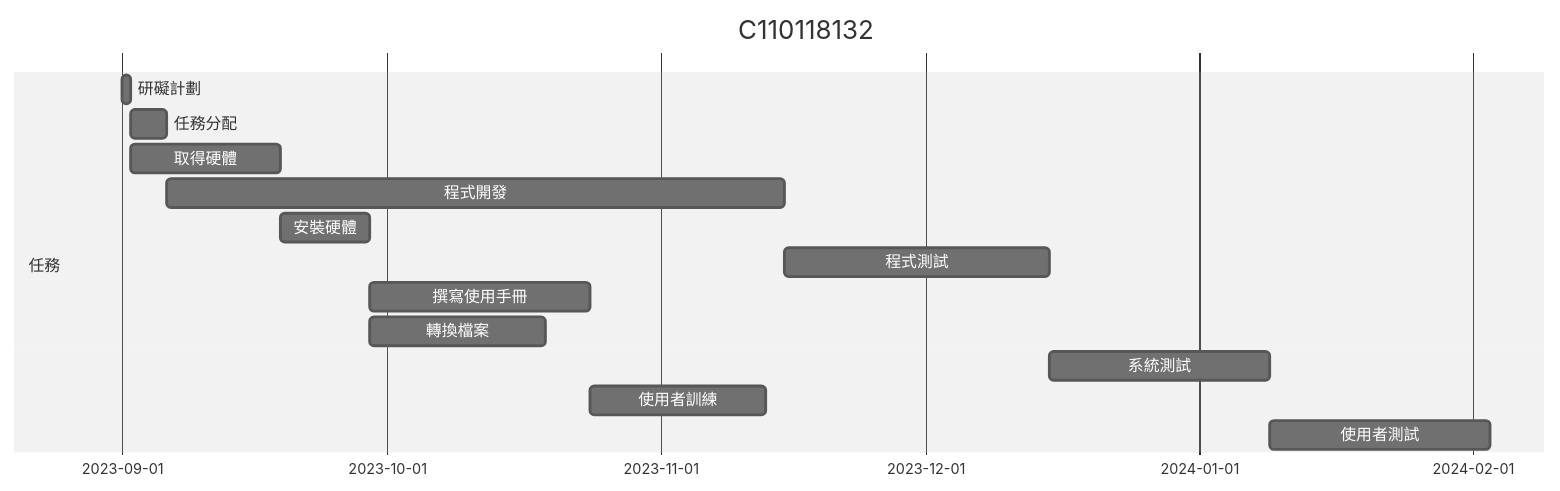
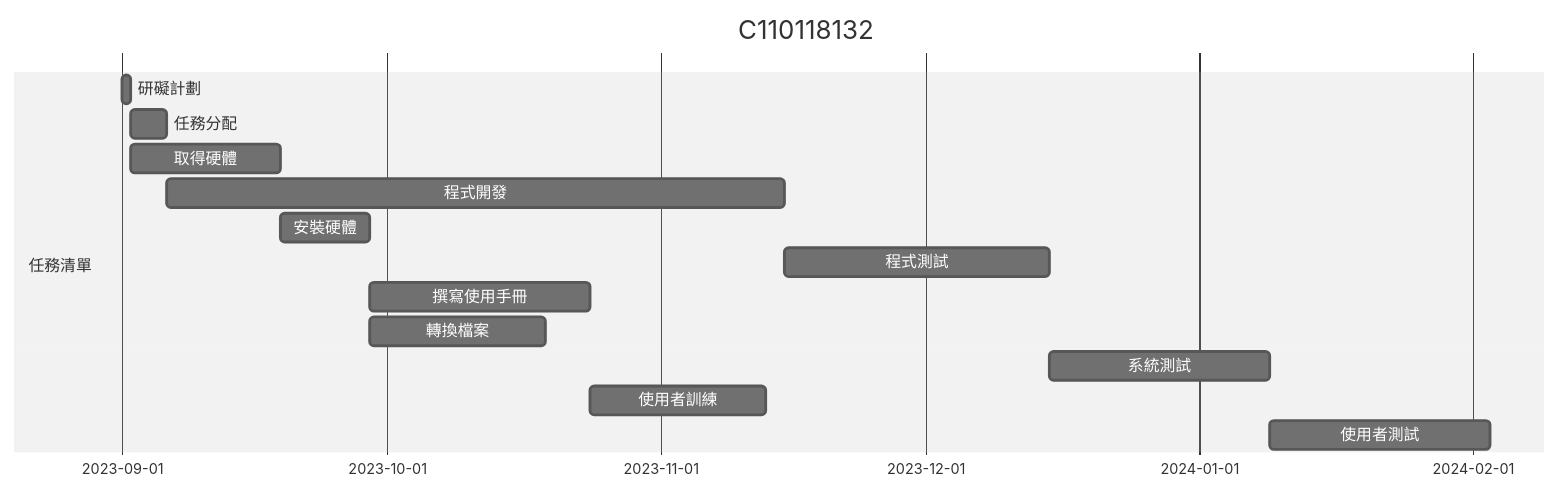
One commit to MITC110118132/23a changed the second of 3 diagrams in hw2.md. Above: the diagram before and after it, drawn with Mermaid (neutral theme).

````diff
--- a/hw2.md
+++ b/hw2.md
@@ -16,17 +16,17 @@
 ```mermaid
 gantt
     title C110118132
 
-    section 任務
+    section 任務清單
     研礙計劃           :a1, 2023-09-01, 1d
     任務分配           :a2, after a1  , 4d
     取得硬體           :a3, after a1  , 17d
     程式開發           :a4, after a2  , 70d
     安裝硬體           :a5, after a3  , 10d
     程式測試           :a6, after a4  , 30d
     撰寫使用手冊        :a7, after a5  , 25d
     轉換檔案           :a8, after a5  , 20d
     系統測試           :a9, after a6  , 25d
     使用者訓練         :a10, after a7  , 20d
     使用者測試         :a11, after a9  , 25d
 ```
````
